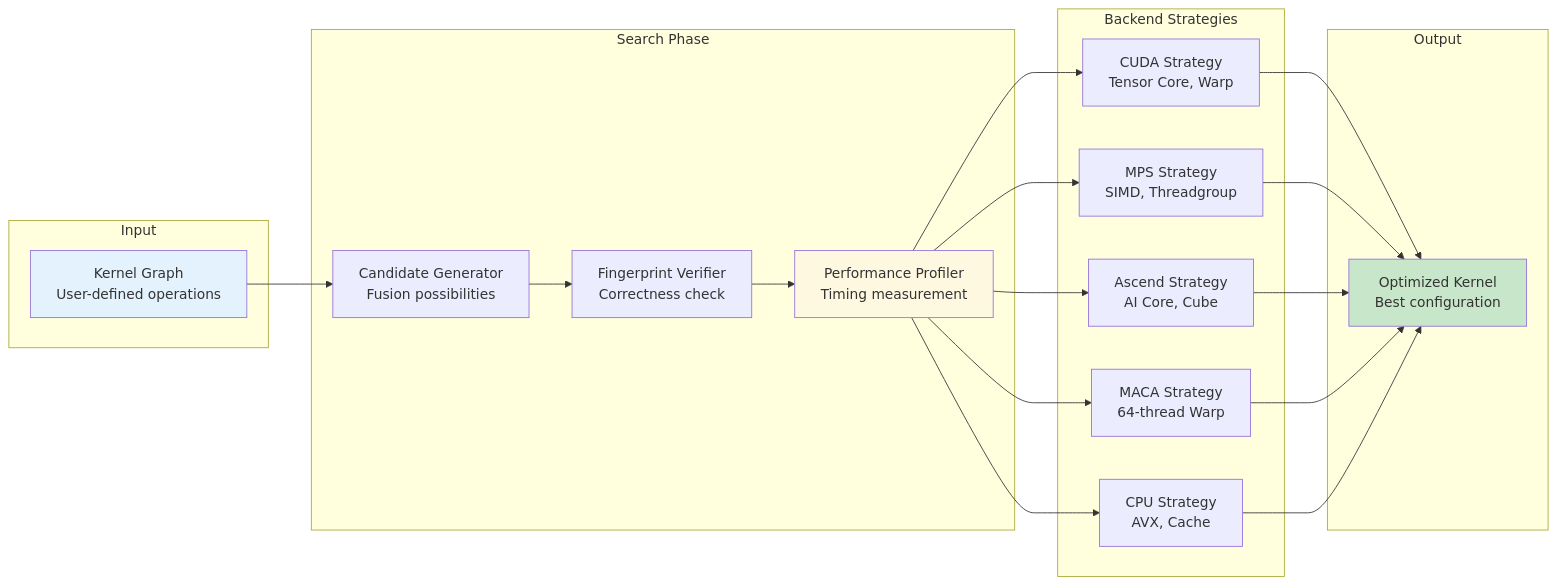
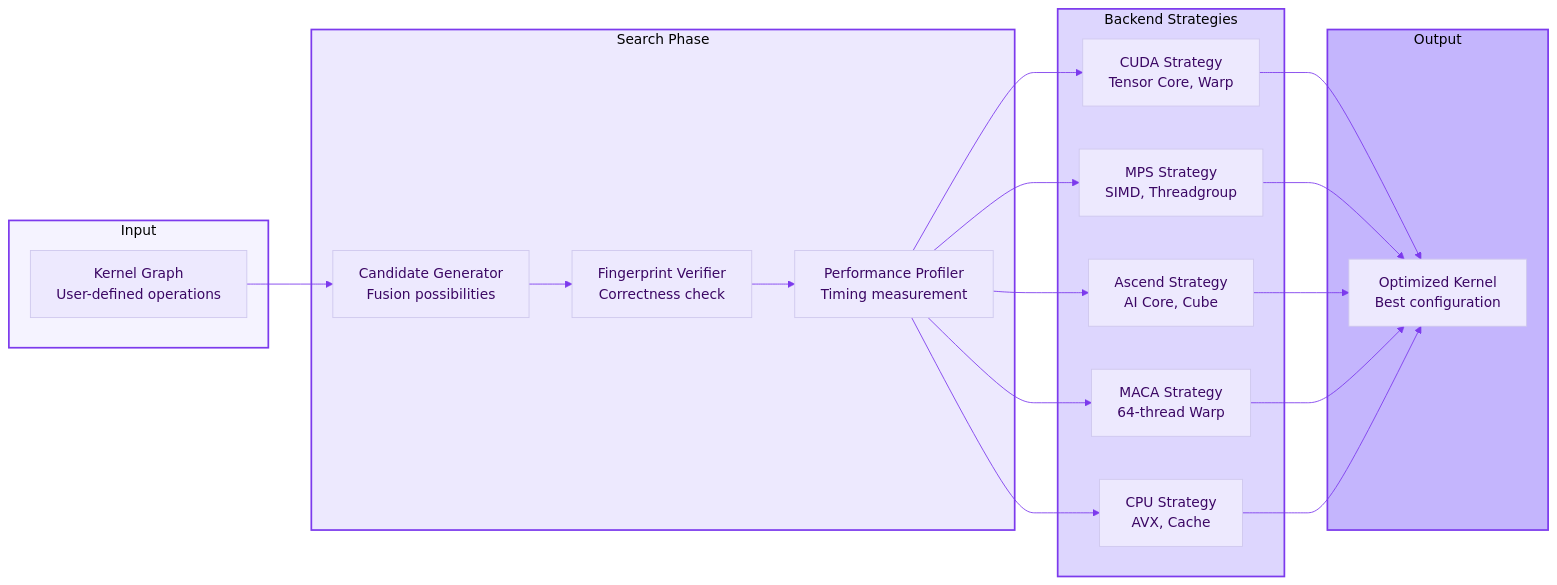
The fourth of 13 diagrams in docs/architecture.md (chenxingqiang/YiRage), drawn with Mermaid before and after one commit. The commit also changed other lines of this file and 9 other files, not shown here.

First line of the commit message:
style: unify Mermaid diagrams to minimal purple theme

````diff
--- a/docs/architecture.md
+++ b/docs/architecture.md
@@ -116,32 +123,34 @@
 ```mermaid
+%%{init: {'theme': 'base', 'themeVariables': { 'primaryColor': '#ede9fe', 'primaryTextColor': '#3b0764', 'lineColor': '#7c3aed'}}}%%
 flowchart LR
-    subgraph "Input"
+    subgraph IN["Input"]
         A[Kernel Graph<br/>User-defined operations]
     end
 
-    subgraph "Search Phase"
+    subgraph SEARCH["Search Phase"]
         B[Candidate Generator<br/>Fusion possibilities]
         C[Fingerprint Verifier<br/>Correctness check]
         D[Performance Profiler<br/>Timing measurement]
     end
 
-    subgraph "Backend Strategies"
+    subgraph STRAT["Backend Strategies"]
         E[CUDA Strategy<br/>Tensor Core, Warp]
         F[MPS Strategy<br/>SIMD, Threadgroup]
         G[Ascend Strategy<br/>AI Core, Cube]
         H[MACA Strategy<br/>64-thread Warp]
         I[CPU Strategy<br/>AVX, Cache]
     end
 
-    subgraph "Output"
+    subgraph OUT["Output"]
         J[Optimized Kernel<br/>Best configuration]
     end
 
     A --> B --> C --> D
     D --> E & F & G & H & I
     E & F & G & H & I --> J
 
-    style A fill:#e3f2fd
-    style D fill:#fff8e1
-    style J fill:#c8e6c9
+    style IN fill:#f5f3ff,stroke:#7c3aed,stroke-width:2px
+    style SEARCH fill:#ede9fe,stroke:#7c3aed,stroke-width:2px
+    style STRAT fill:#ddd6fe,stroke:#7c3aed,stroke-width:2px
+    style OUT fill:#c4b5fd,stroke:#7c3aed,stroke-width:2px
 ```
````
